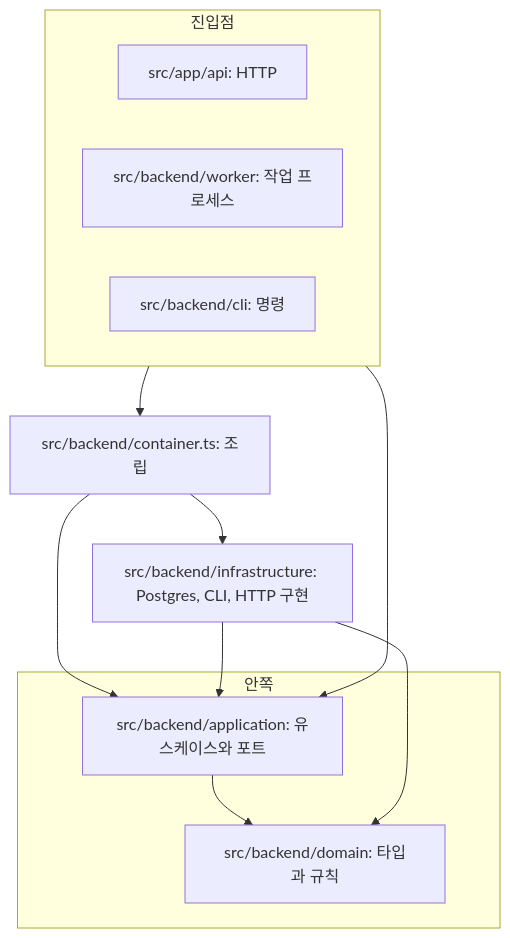
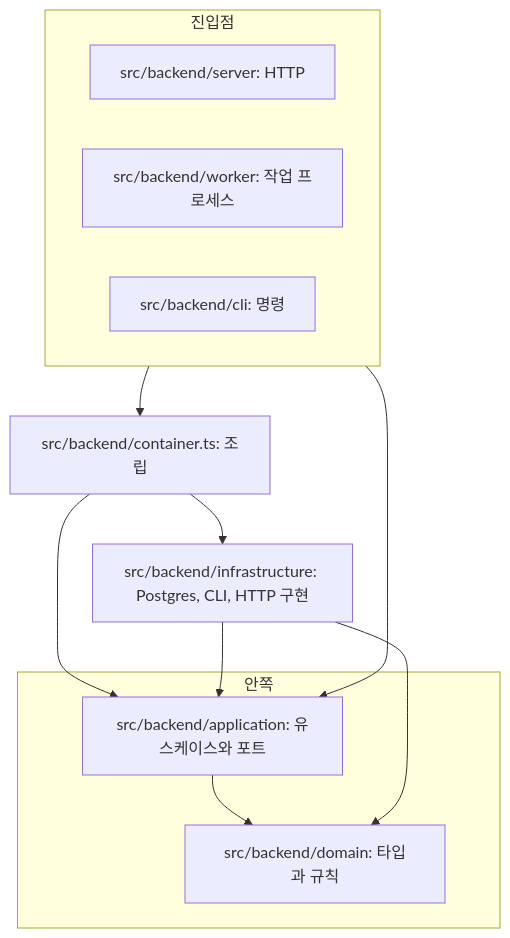
The diagram in docs/decisions/ADR-006-server-structure.md (Changsik00/inkle), drawn with Mermaid before and after one commit. The commit also changed other lines of this file and 8 other files, not shown here.

````diff
--- a/docs/decisions/ADR-006-server-structure.md
+++ b/docs/decisions/ADR-006-server-structure.md
@@ -22,22 +22,22 @@
 ```mermaid
 flowchart TB
     subgraph entry[진입점]
-        A[src/app/api: HTTP]
+        A[src/backend/server: HTTP]
         W[src/backend/worker: 작업 프로세스]
         C[src/backend/cli: 명령]
     end
     S[src/backend/container.ts: 조립]
     subgraph core[안쪽]
         AP[src/backend/application: 유스케이스와 포트]
         D[src/backend/domain: 타입과 규칙]
     end
     I[src/backend/infrastructure: Postgres, CLI, HTTP 구현]
 
     entry --> S
     entry --> AP
     S --> I
     S --> AP
     I --> AP
     AP --> D
     I --> D
 ```
````
